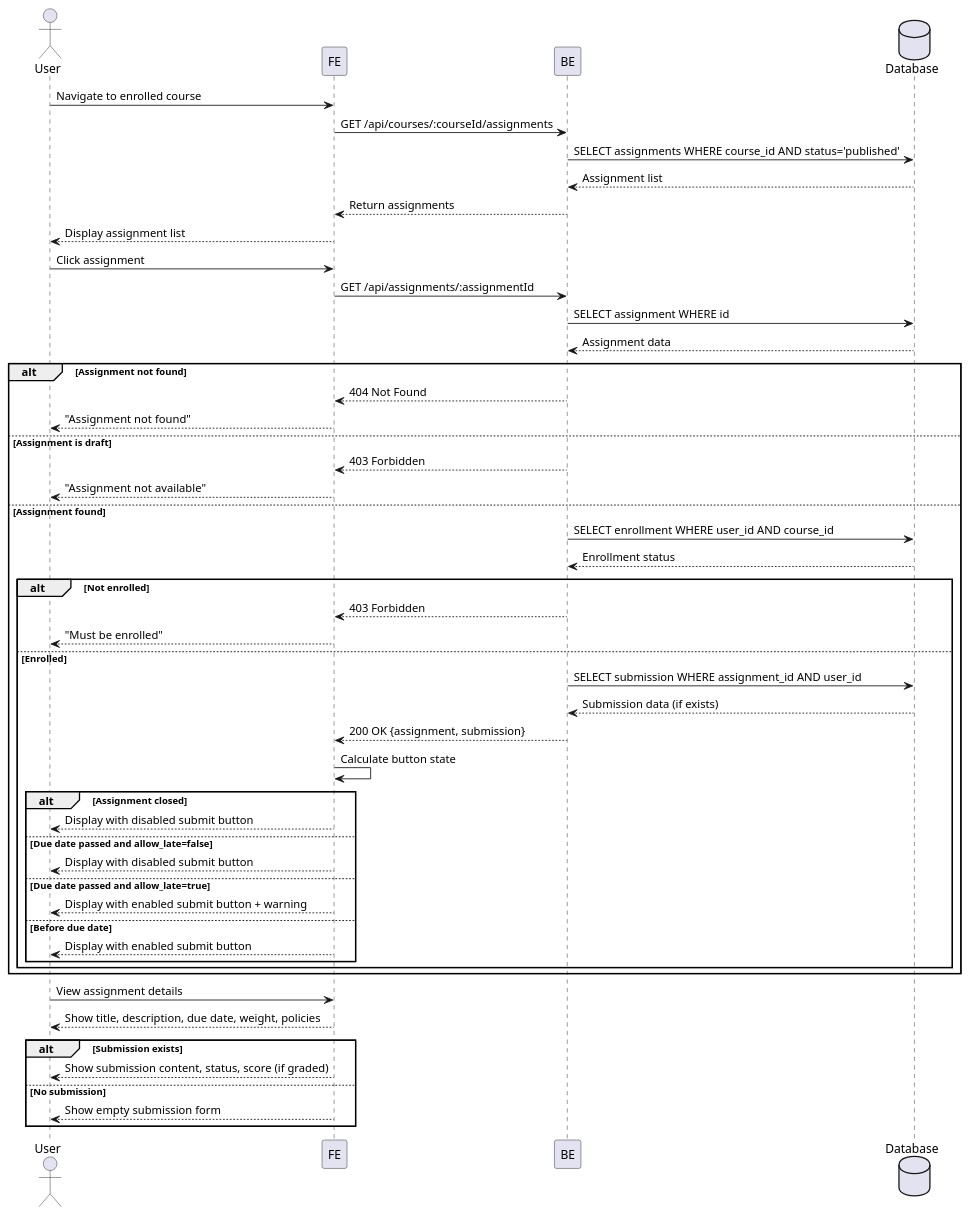
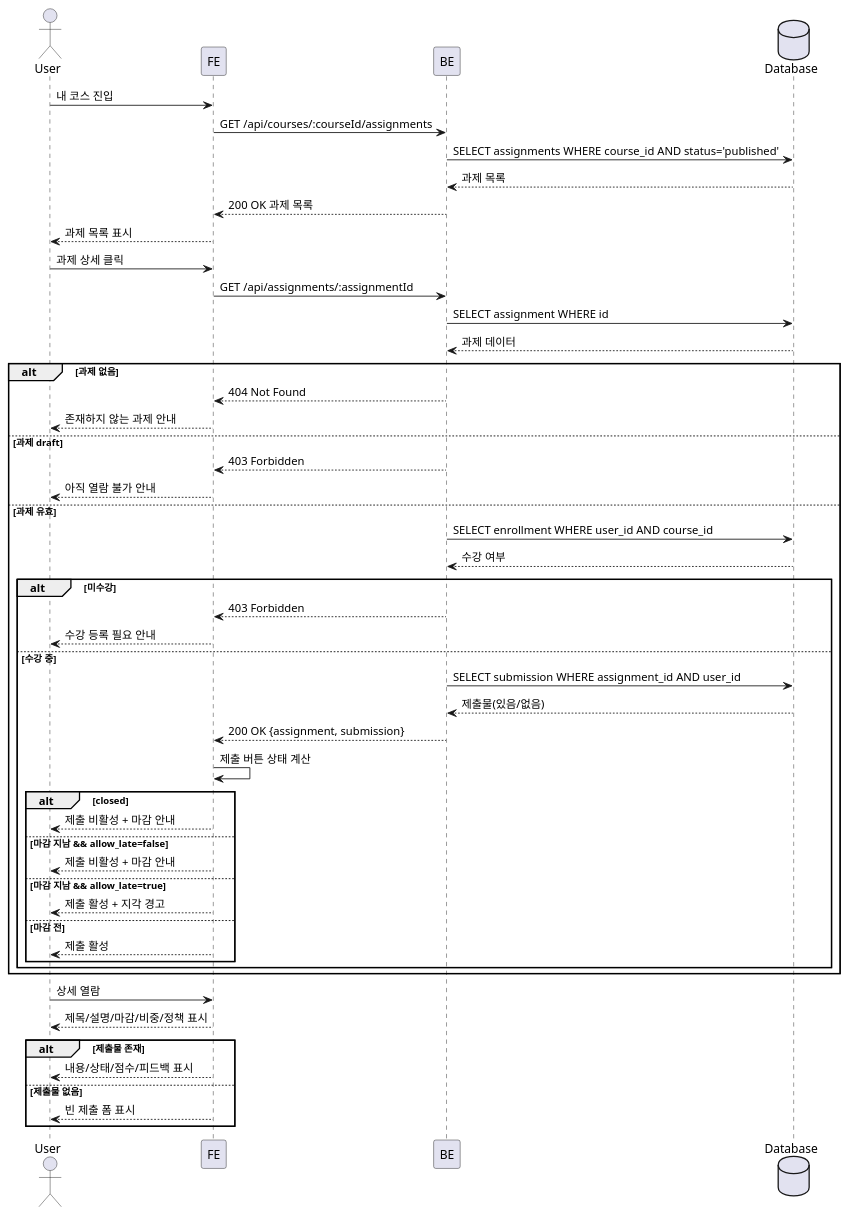
One commit to idoforgod/LMS changed the diagram in docs/004/spec.md. Above: the diagram before and after it, drawn with PlantUML. The commit also changed other lines of this file and 9 other files, not shown here.

````diff
--- a/docs/004/spec.md
+++ b/docs/004/spec.md
@@ -119,58 +49,56 @@
 ```plantuml
 @startuml
 actor User
 participant FE
 participant BE
 database Database
 
-User -> FE: Navigate to enrolled course
+User -> FE: 내 코스 진입
 FE -> BE: GET /api/courses/:courseId/assignments
 BE -> Database: SELECT assignments WHERE course_id AND status='published'
-Database --> BE: Assignment list
-BE --> FE: Return assignments
-FE --> User: Display assignment list
+Database --> BE: 과제 목록
+BE --> FE: 200 OK 과제 목록
+FE --> User: 과제 목록 표시
 
-User -> FE: Click assignment
+User -> FE: 과제 상세 클릭
 FE -> BE: GET /api/assignments/:assignmentId
 BE -> Database: SELECT assignment WHERE id
-Database --> BE: Assignment data
-alt Assignment not found
+Database --> BE: 과제 데이터
+alt 과제 없음
   BE --> FE: 404 Not Found
-  FE --> User: "Assignment not found"
-else Assignment is draft
+  FE --> User: 존재하지 않는 과제 안내
+else 과제 draft
   BE --> FE: 403 Forbidden
-  FE --> User: "Assignment not available"
-else Assignment found
+  FE --> User: 아직 열람 불가 안내
+else 과제 유효
   BE -> Database: SELECT enrollment WHERE user_id AND course_id
-  Database --> BE: Enrollment status
-  alt Not enrolled
+  Database --> BE: 수강 여부
+  alt 미수강
     BE --> FE: 403 Forbidden
-    FE --> User: "Must be enrolled"
-  else Enrolled
+    FE --> User: 수강 등록 필요 안내
+  else 수강 중
     BE -> Database: SELECT submission WHERE assignment_id AND user_id
-    Database --> BE: Submission data (if exists)
+    Database --> BE: 제출물(있음/없음)
     BE --> FE: 200 OK {assignment, submission}
-    FE -> FE: Calculate button state
-    alt Assignment closed
-      FE --> User: Display with disabled submit button
-    else Due date passed and allow_late=false
-      FE --> User: Display with disabled submit button
-    else Due date passed and allow_late=true
-      FE --> User: Display with enabled submit button + warning
-    else Before due date
-      FE --> User: Display with enabled submit button
+    FE -> FE: 제출 버튼 상태 계산
+    alt closed
+      FE --> User: 제출 비활성 + 마감 안내
+    else 마감 지남 && allow_late=false
+      FE --> User: 제출 비활성 + 마감 안내
+    else 마감 지남 && allow_late=true
+      FE --> User: 제출 활성 + 지각 경고
+    else 마감 전
+      FE --> User: 제출 활성
     end
   end
 end
 
-User -> FE: View assignment details
-FE --> User: Show title, description, due date, weight, policies
-
-alt Submission exists
-  FE --> User: Show submission content, status, score (if graded)
-else No submission
-  FE --> User: Show empty submission form
+User -> FE: 상세 열람
+FE --> User: 제목/설명/마감/비중/정책 표시
+alt 제출물 존재
+  FE --> User: 내용/상태/점수/피드백 표시
+else 제출물 없음
+  FE --> User: 빈 제출 폼 표시
 end
-
 @enduml
 ```
````
